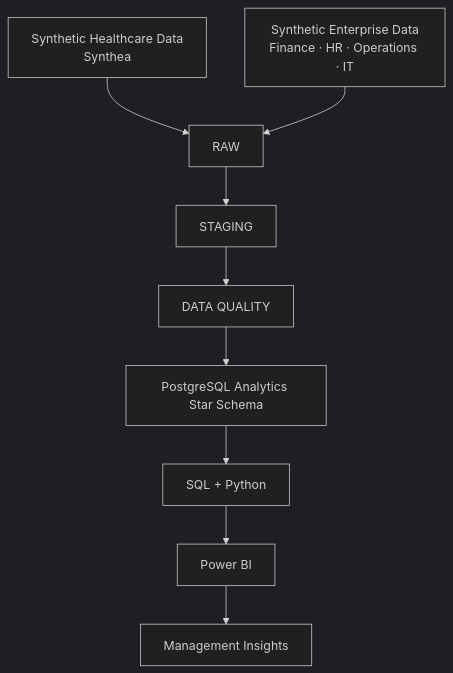
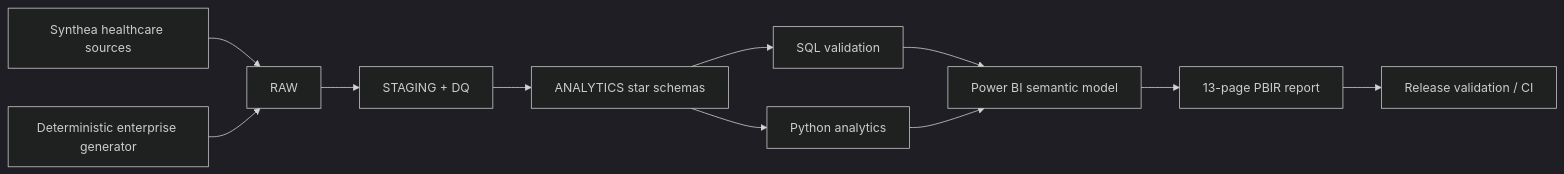
One commit to khaledzidan203-stack/Hospital360 changed the diagram in README.md. Above: the diagram before and after it, drawn with Mermaid (dark theme). The commit also changed other lines of this file, not shown here.

````diff
--- a/README.md
+++ b/README.md
@@ -49,11 +45,13 @@
 ```mermaid
-flowchart TD
-    H[Synthetic Healthcare Data<br/>Synthea] --> R[RAW]
-    E[Synthetic Enterprise Data<br/>Finance · HR · Operations · IT] --> R
-    R --> S[STAGING]
-    S --> Q[DATA QUALITY]
-    Q --> A[PostgreSQL Analytics Star Schema]
-    A --> X[SQL + Python]
-    X --> P[Power BI]
-    P --> M[Management Insights]
+flowchart LR
+    H[Synthea healthcare sources] --> R[RAW]
+    E[Deterministic enterprise generator] --> R
+    R --> S[STAGING + DQ]
+    S --> A[ANALYTICS star schemas]
+    A --> Q[SQL validation]
+    A --> Y[Python analytics]
+    Q --> P[Power BI semantic model]
+    Y --> P
+    P --> B[13-page PBIR report]
+    B --> V[Release validation / CI]
 ```
````
